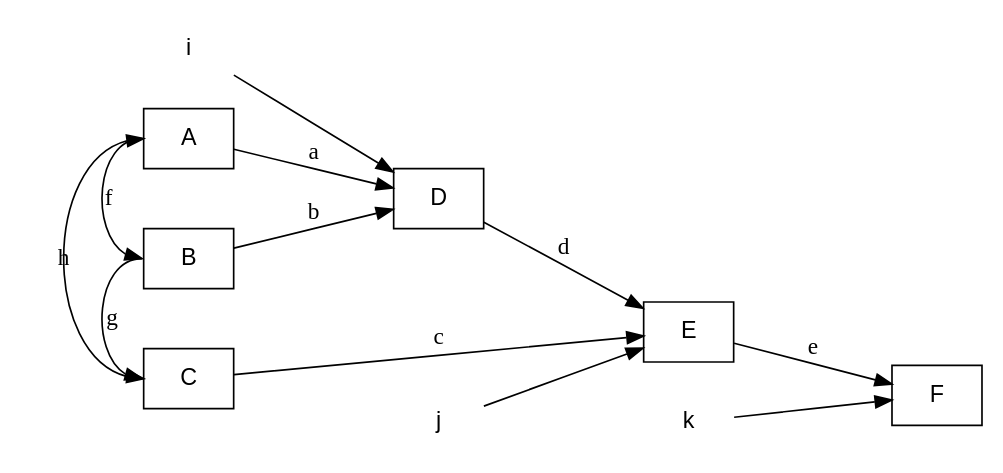
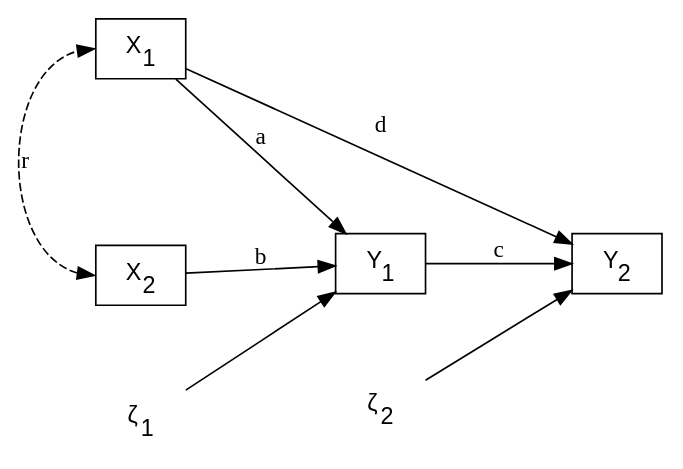
Before and after one commit to pennekampster/Swiss_SEM: the tenth of 26 diagrams in 5_Slides/Intro_to_SEM_part1.qmd, drawn with Graphviz. The commit also changed other lines of this file and 5 other files, not shown here.

````diff
--- a/5_Slides/Intro_to_SEM_part1.qmd
+++ b/5_Slides/Intro_to_SEM_part1.qmd
@@ -802,49 +805,28 @@
 ```{dot}
-//| fig-width: 8
-//| fig-height: 4
+//| fig-width: 7
+//| fig-height: 4.5
+digraph {
+  graph [rankdir = LR, fontsize = 14, ranksep = 1.1, nodesep = 0.7]
 
-digraph {
+  node [shape = box, fontname = Helvetica]
+  X1 [label = <X<SUB>1</SUB>>]
+  X2 [label = <X<SUB>2</SUB>>]
+  Y1 [label = <Y<SUB>1</SUB>>]
+  Y2 [label = <Y<SUB>2</SUB>>]
 
-  # graph statement
-  graph [overlap = false, fontsize = 10, layout = dot, ranksep = 1.2, rankdir = LR]
+  node [shape = plaintext, fontname = Helvetica]
+  z1 [label = <&zeta;<SUB>1</SUB>>]
+  z2 [label = <&zeta;<SUB>2</SUB>>]
 
-  # node statements
-  node [shape = box, fontname = Helvetica]
-  A
-  B
-  C
-  D
-  E
-  F
-  
-  # error/disturbance terms
-  node [shape = plaintext, fontname = Helvetica]
-  i
-  j
-  k
+  X1 -> Y1 [label = "a"]
+  X2 -> Y1 [label = "b"]
+  Y1 -> Y2 [label = "c"]
+  X1 -> Y2 [label = "d"]
+  X1:w -> X2:w [dir = both, constraint = false, label = "r", style = dashed]
 
-
-  # edge statements - main causal paths
-  A -> D [label = "a"]
-  B -> D [label = "b"]
-  C -> E [label = "c"]
-  D -> E [label = "d"]
-  E -> F [label = "e"]
-  
-  # bidirectional arrows between A, B, C
-  A:w -> B:w [dir=both, label = "f"]
-  B:w -> C:w [dir=both, label = "g"]
-  A:w -> C:w [dir=both, label = "h"]
-  
-  # error terms
-  i -> D
-  j -> E
-  k -> F
-
-  # control the placement of elements on the graph
-  {rank = same; A; B; C}
-  {rank = same; D}
-  {rank = same; E}
-  {rank = same; F}
+  z1 -> Y1
+  z2 -> Y2
+  {rank = min; X1; X2}
+  {rank = max; Y2}
 }
 ```
````
